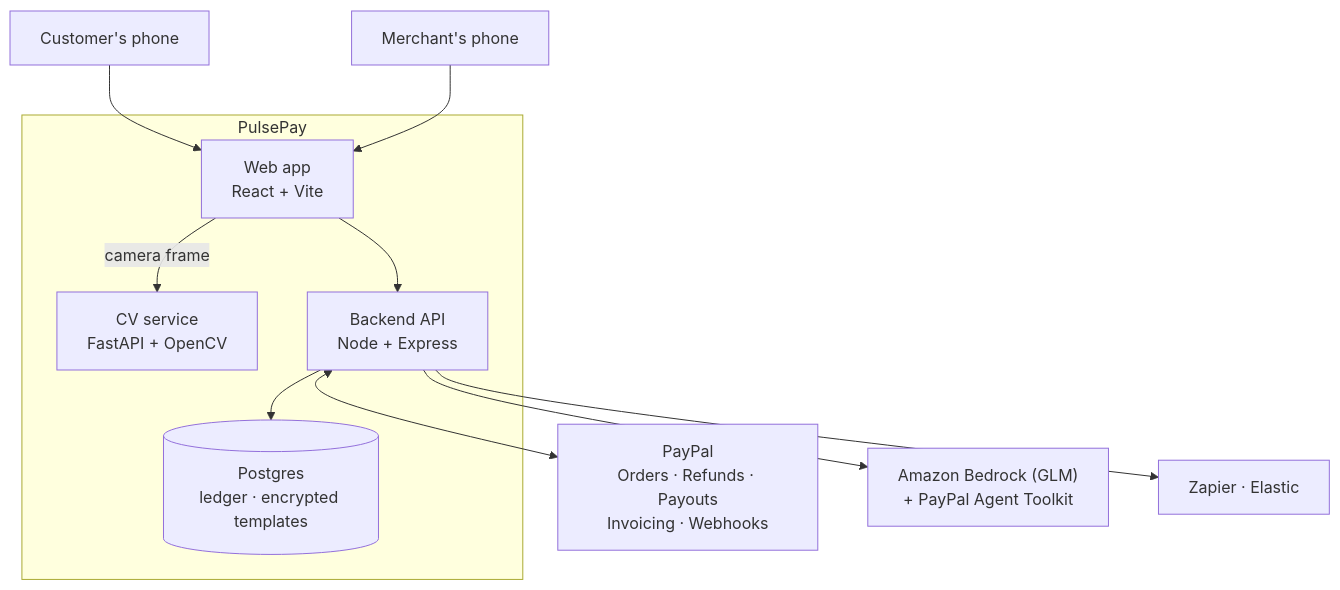
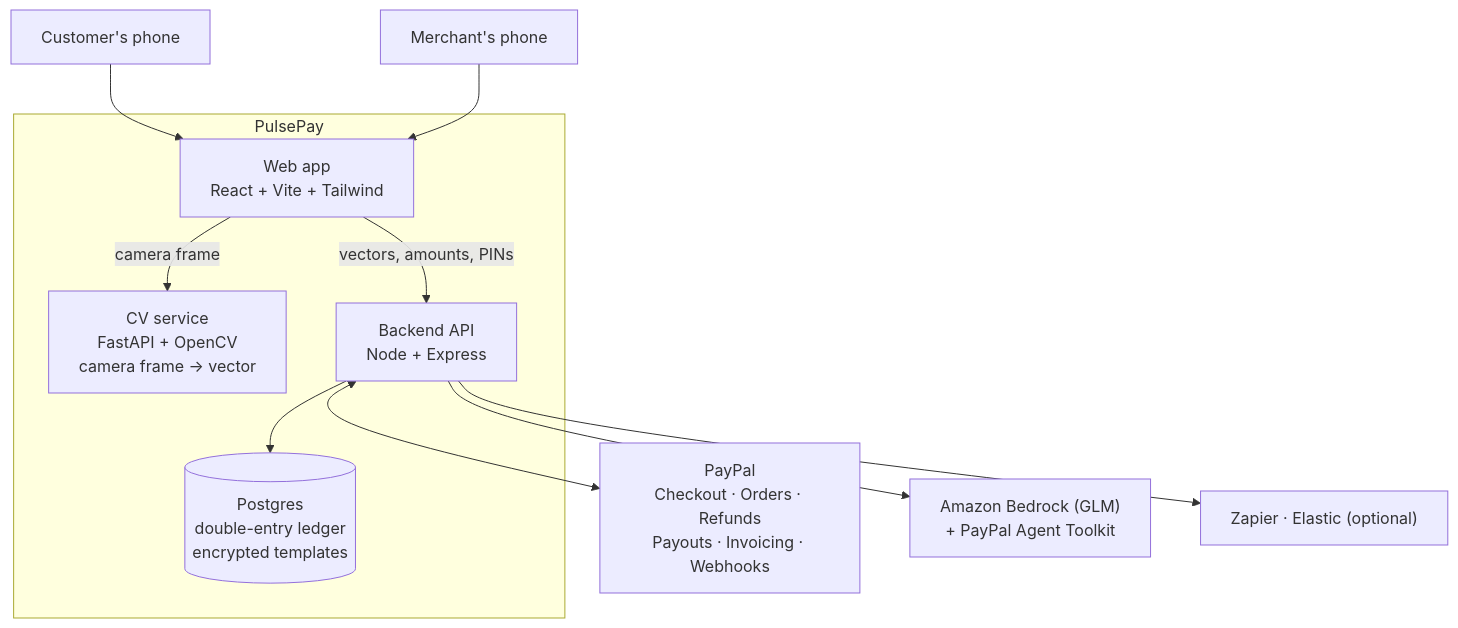
The second of 6 diagrams in README.md (Ritesh-Root/pulsepay-paypal), drawn with Mermaid before and after one commit. The commit also changed other lines of this file and 19 other files, not shown here.

First line of the commit message:
New README with screenshots, GIF and diagrams; phone-friendly dashboard grids

````diff
--- a/README.md
+++ b/README.md
@@ -106,17 +155,17 @@
 ```mermaid
 flowchart TB
     cust["Customer's phone"] --> web
     term["Merchant's phone"] --> web
     subgraph pulsepay["PulsePay"]
-        web["Web app<br/>React + Vite"]
-        cv["CV service<br/>FastAPI + OpenCV"]
+        web["Web app<br/>React + Vite + Tailwind"]
+        cv["CV service<br/>FastAPI + OpenCV<br/>camera frame → vector"]
         api["Backend API<br/>Node + Express"]
-        db[("Postgres<br/>ledger · encrypted templates")]
+        db[("Postgres<br/>double-entry ledger<br/>encrypted templates")]
     end
     web -- "camera frame" --> cv
-    web --> api
+    web -- "vectors, amounts, PINs" --> api
     api --> db
-    api <--> paypal["PayPal<br/>Orders · Refunds · Payouts<br/>Invoicing · Webhooks"]
+    api <--> paypal["PayPal<br/>Checkout · Orders · Refunds<br/>Payouts · Invoicing · Webhooks"]
     api --> ai["Amazon Bedrock (GLM)<br/>+ PayPal Agent Toolkit"]
-    api --> side["Zapier · Elastic"]
+    api --> side["Zapier · Elastic (optional)"]
 ```
````
